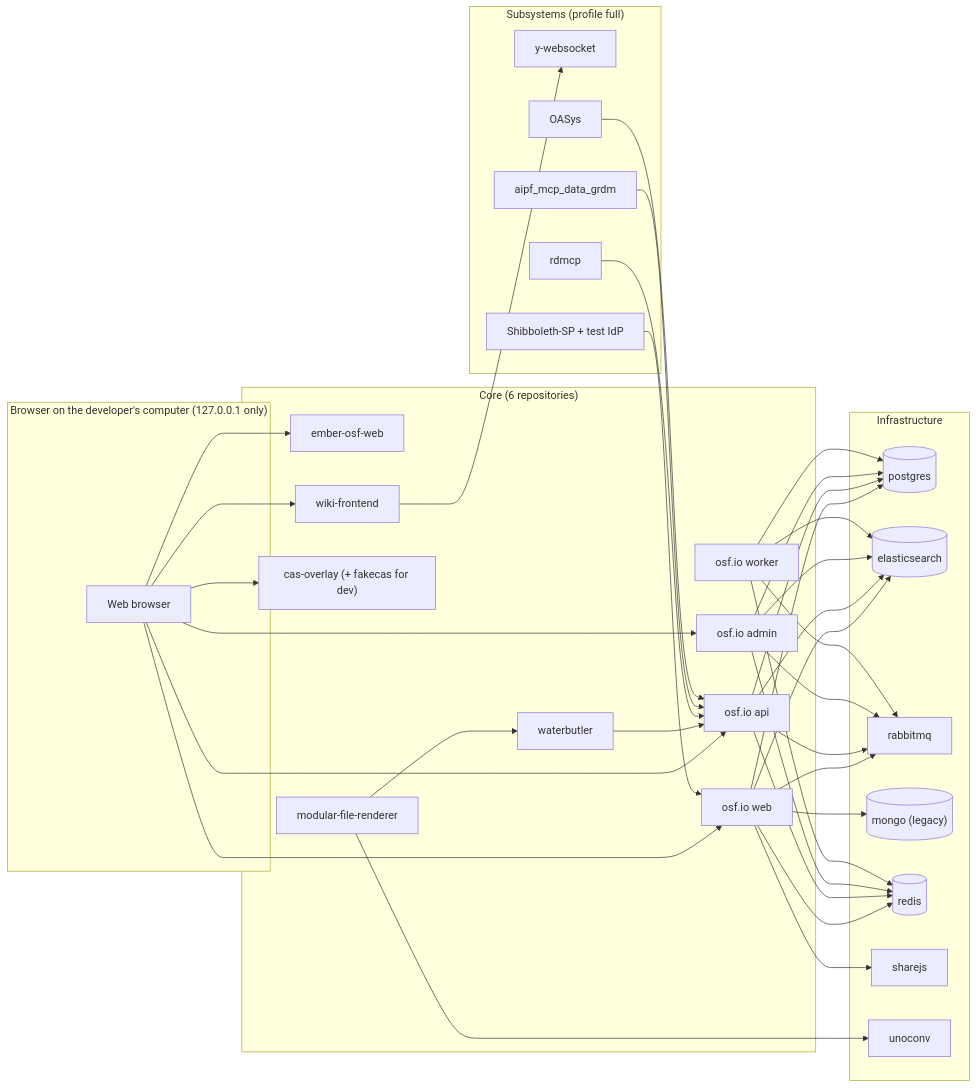
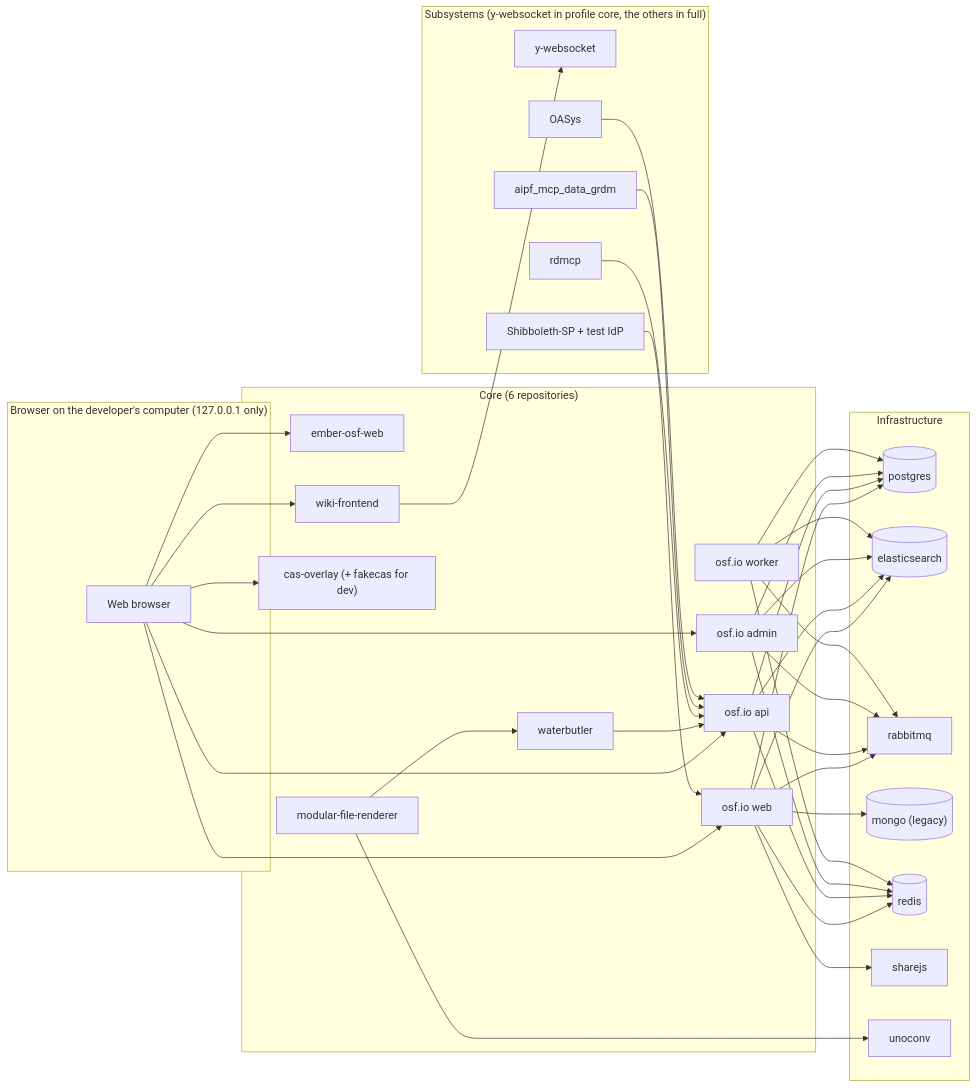
Before and after one commit to RCOSDP/RDM-developer-guide: the first of 4 diagrams in docs/spec/00_overview.md, drawn with Mermaid. The commit also changed other lines of this file and 68 other files, not shown here.

````diff
--- a/docs/spec/00_overview.md
+++ b/docs/spec/00_overview.md
@@ -33,42 +34,42 @@
 ```mermaid
 flowchart LR
   subgraph browser["Browser on the developer's computer (127.0.0.1 only)"]
     B[Web browser]
   end
   subgraph core["Core (6 repositories)"]
     EMB[ember-osf-web]
     OSFW[osf.io web]
     OSFA[osf.io api]
     OSFM[osf.io admin]
     OSFK[osf.io worker]
     WB[waterbutler]
     MFR[modular-file-renderer]
     CAS["cas-overlay (+ fakecas for dev)"]
     WIKI[wiki-frontend]
   end
   subgraph infra["Infrastructure"]
     PG[(postgres)]
     ES[(elasticsearch)]
     MQ[rabbitmq]
     MG[("mongo (legacy)")]
     RD[(redis)]
     SJ[sharejs]
     UNO[unoconv]
   end
-  subgraph subs["Subsystems (profile full)"]
+  subgraph subs["Subsystems (y-websocket in profile core, the others in full)"]
     YWS[y-websocket]
     OAS[OASys]
     SHIB["Shibboleth-SP + test IdP"]
     MCP[rdmcp]
     AIPF[aipf_mcp_data_grdm]
   end
   B --> EMB & OSFW & OSFA & OSFM & CAS & WIKI
   OSFW & OSFA & OSFM & OSFK --> PG & ES & MQ & RD
   OSFW --> SJ & MG
   WB --> OSFA
   MFR --> WB & UNO
   WIKI --> YWS
   SHIB --> OSFW
   MCP & AIPF --> OSFA
   OAS --> OSFA
 ```
````
